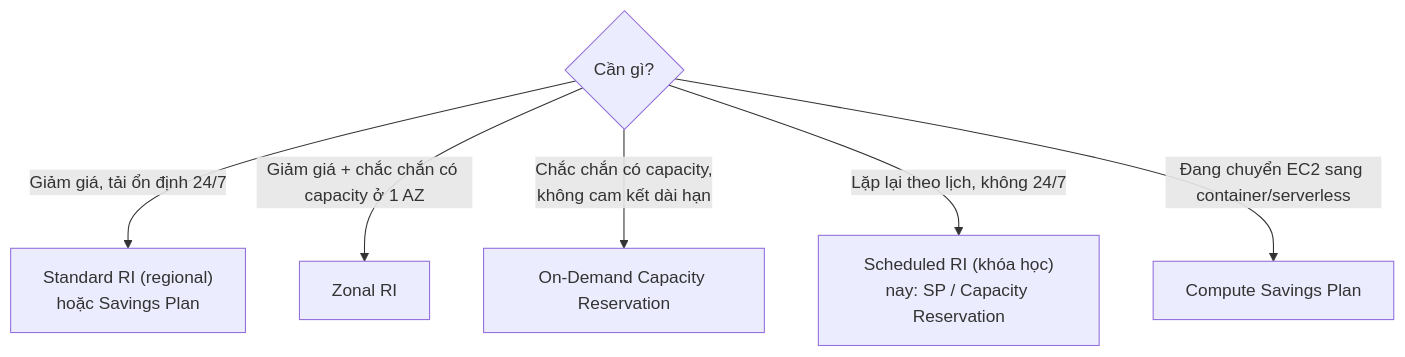
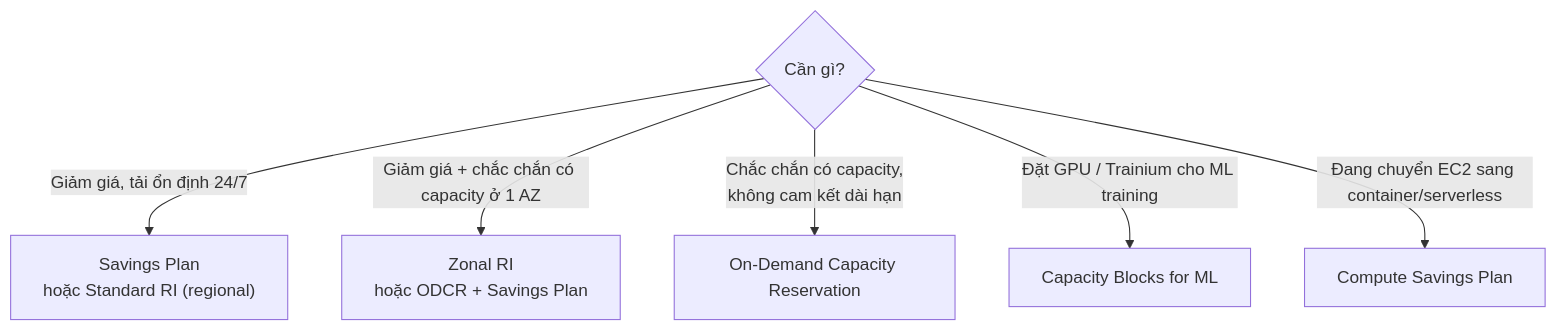
Before and after one commit to hairbui76/aws-saa-c03: the second of 2 diagrams in data/07 EC2/Reserved Instances and Savings Plans.md, drawn with Mermaid. The commit also changed other lines of this file and 81 other files, not shown here.

First line of the commit message:
content(07): cập nhật theo bản khóa mới

````diff
--- a/data/07 EC2/Reserved Instances and Savings Plans.md
+++ b/data/07 EC2/Reserved Instances and Savings Plans.md
@@ -68,8 +95,8 @@
 ```mermaid
 flowchart TB
-  N{"Cần gì?"} -->|"Giảm giá, tải ổn định 24/7"| A["Standard RI (regional)<br/>hoặc Savings Plan"]
-  N -->|"Giảm giá + chắc chắn có capacity ở 1 AZ"| B["Zonal RI"]
+  N{"Cần gì?"} -->|"Giảm giá, tải ổn định 24/7"| A["Savings Plan<br/>hoặc Standard RI (regional)"]
+  N -->|"Giảm giá + chắc chắn có capacity ở 1 AZ"| B["Zonal RI<br/>hoặc ODCR + Savings Plan"]
   N -->|"Chắc chắn có capacity,<br/>không cam kết dài hạn"| C2["On-Demand Capacity Reservation"]
-  N -->|"Lặp lại theo lịch, không 24/7"| D["Scheduled RI (khóa học)<br/>nay: SP / Capacity Reservation"]
+  N -->|"Đặt GPU / Trainium cho ML training"| D["Capacity Blocks for ML"]
   N -->|"Đang chuyển EC2 sang container/serverless"| E["Compute Savings Plan"]
 ```
````
